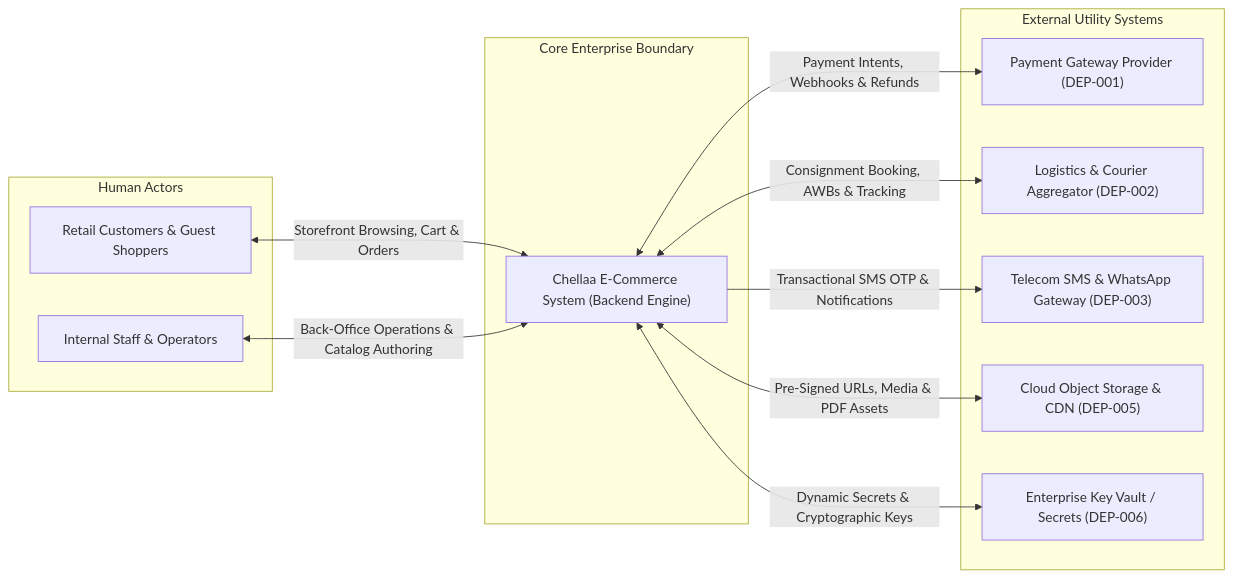
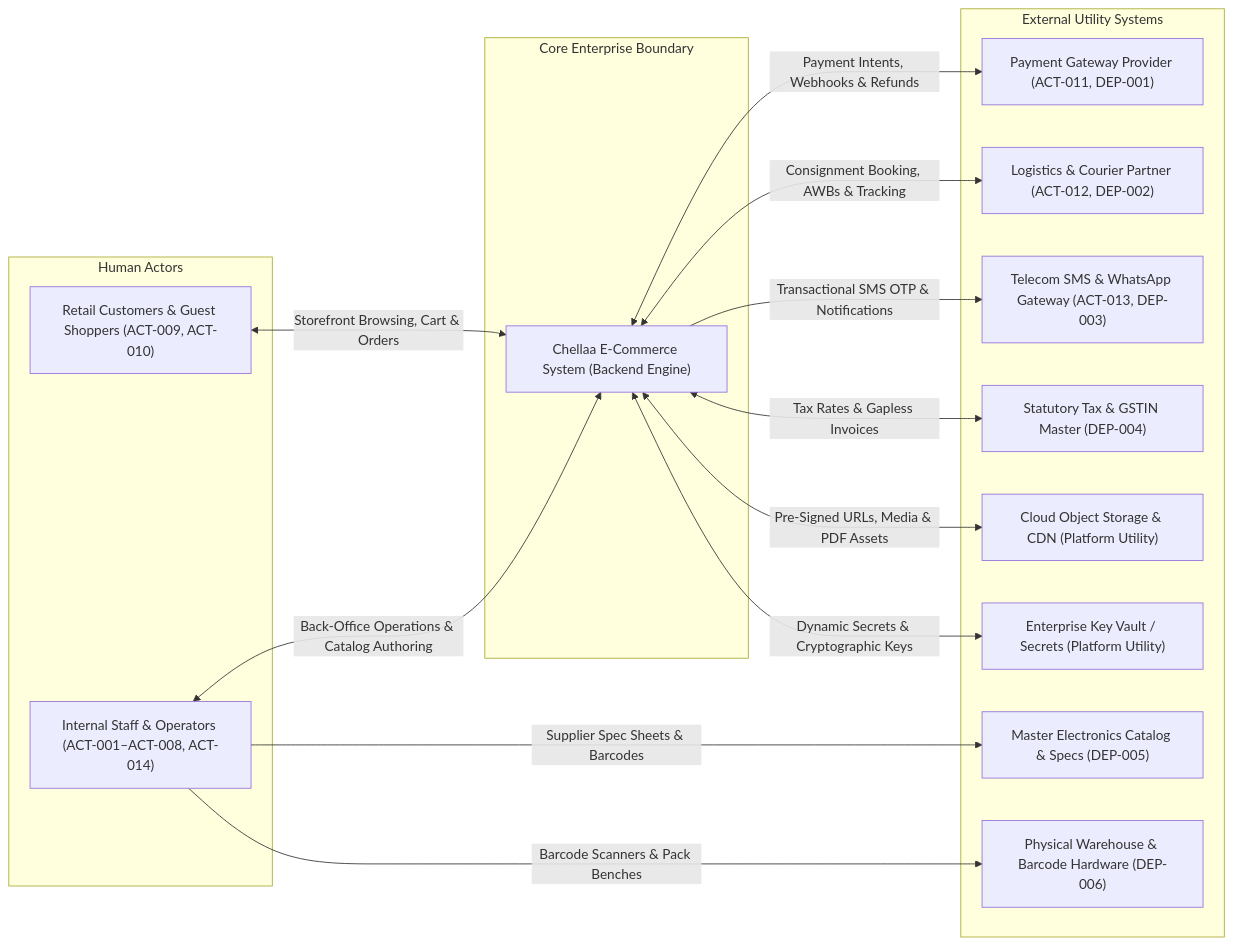
The first of 3 diagrams in docs/00-requirements/review/arch-01-architecture-overview-draft.md (ezhilselvan1109/chellaa-system), drawn with Mermaid before and after one commit. The commit also changed other lines of this file and 1 other file, not shown here.

Commit message:
docs: add draft architecture overview and document status register for phase 2 review

````diff
--- a/docs/00-requirements/review/arch-01-architecture-overview-draft.md
+++ b/docs/00-requirements/review/arch-01-architecture-overview-draft.md
@@ -80,27 +84,33 @@
 ```mermaid
 graph LR
     subgraph Human Actors
-        Cust["Retail Customers & Guest Shoppers"]
-        Staff["Internal Staff & Operators"]
+        Cust["Retail Customers & Guest Shoppers (ACT-009, ACT-010)"]
+        Staff["Internal Staff & Operators (ACT-001–ACT-008, ACT-014)"]
     end
 
     subgraph Core Enterprise Boundary
         Chellaa["Chellaa E-Commerce System (Backend Engine)"]
     end
 
     subgraph External Utility Systems
-        PayGate["Payment Gateway Provider (DEP-001)"]
-        Courier["Logistics & Courier Aggregator (DEP-002)"]
-        Telecom["Telecom SMS & WhatsApp Gateway (DEP-003)"]
-        ObjStore["Cloud Object Storage & CDN (DEP-005)"]
-        KeyVault["Enterprise Key Vault / Secrets (DEP-006)"]
+        PayGate["Payment Gateway Provider (ACT-011, DEP-001)"]
+        Courier["Logistics & Courier Partner (ACT-012, DEP-002)"]
+        Telecom["Telecom SMS & WhatsApp Gateway (ACT-013, DEP-003)"]
+        TaxMaster["Statutory Tax & GSTIN Master (DEP-004)"]
+        SupplierCat["Master Electronics Catalog & Specs (DEP-005)"]
+        WhHw["Physical Warehouse & Barcode Hardware (DEP-006)"]
+        ObjStore["Cloud Object Storage & CDN (Platform Utility)"]
+        KeyVault["Enterprise Key Vault / Secrets (Platform Utility)"]
     end
 
     Cust <-->|Storefront Browsing, Cart & Orders| Chellaa
     Staff <-->|Back-Office Operations & Catalog Authoring| Chellaa
     Chellaa <-->|Payment Intents, Webhooks & Refunds| PayGate
     Chellaa <-->|Consignment Booking, AWBs & Tracking| Courier
     Chellaa -->|Transactional SMS OTP & Notifications| Telecom
+    Chellaa <-->|Tax Rates & Gapless Invoices| TaxMaster
+    Staff -->|Supplier Spec Sheets & Barcodes| SupplierCat
+    Staff -->|Barcode Scanners & Pack Benches| WhHw
     Chellaa <-->|Pre-Signed URLs, Media & PDF Assets| ObjStore
     Chellaa <-->|Dynamic Secrets & Cryptographic Keys| KeyVault
 ```
````
